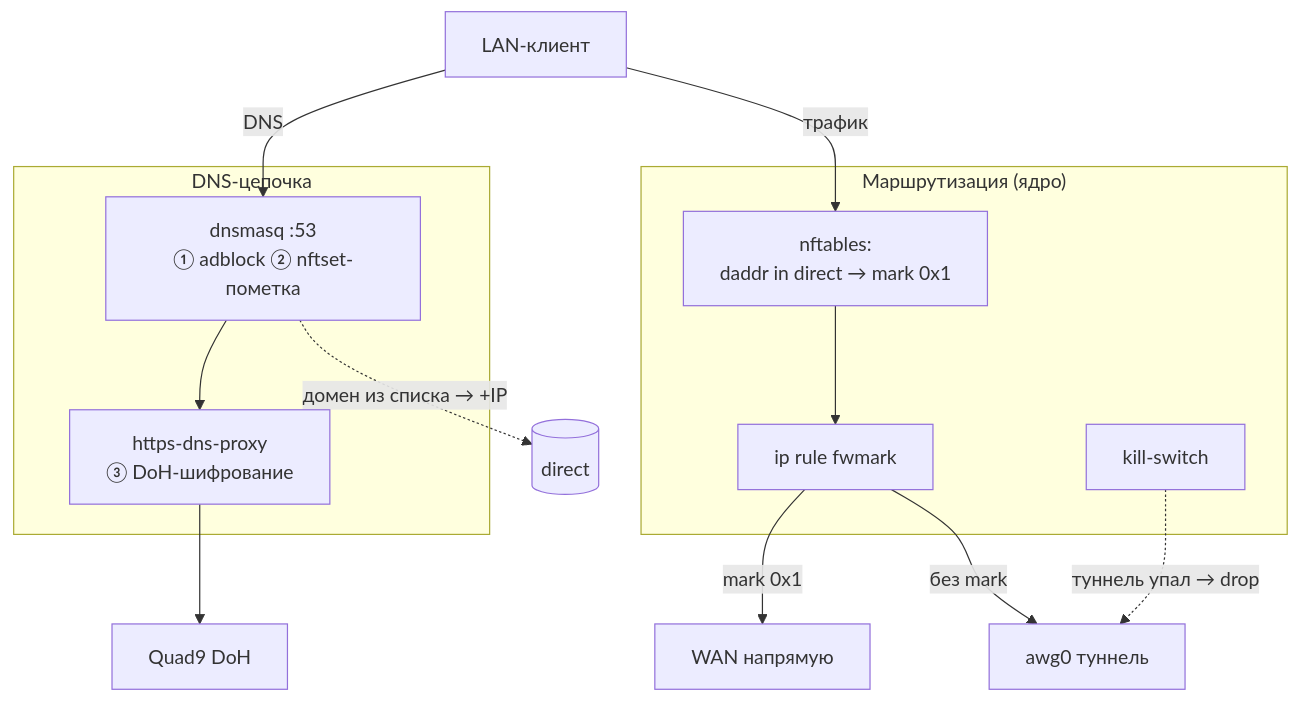
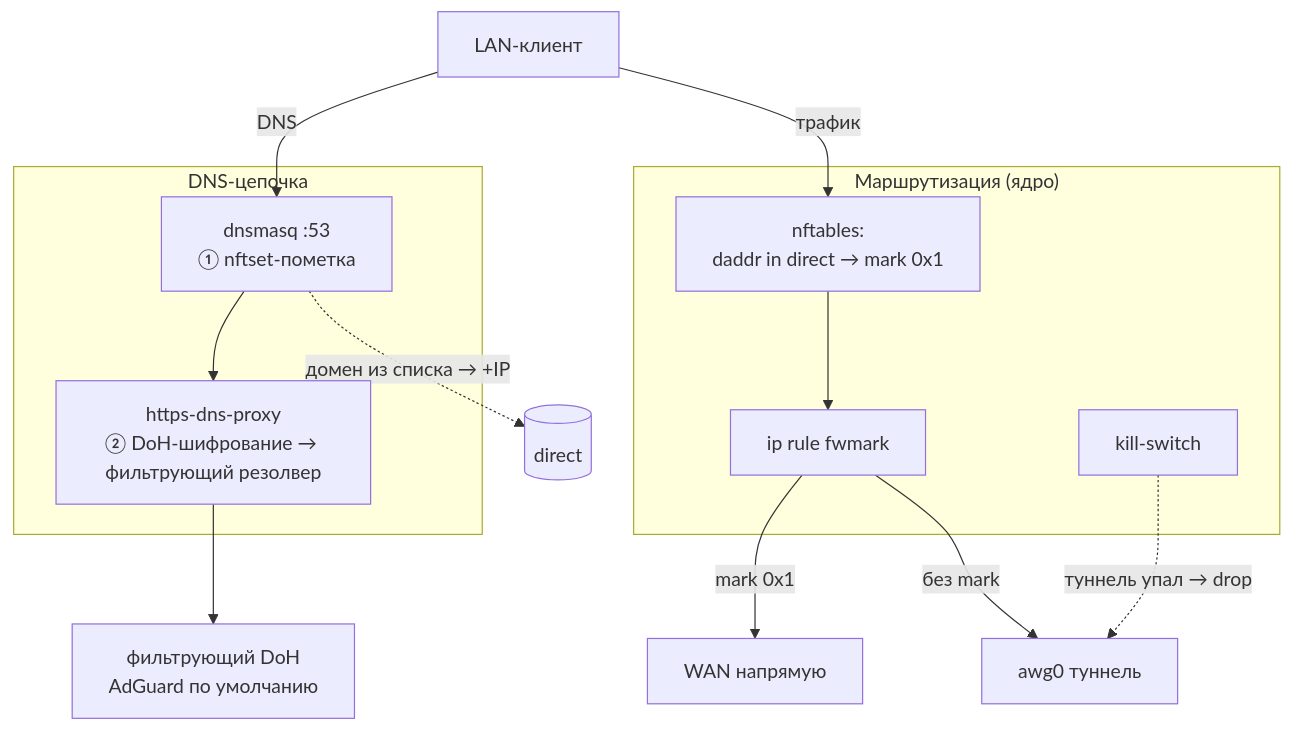
Before and after one commit to andreiyurik/cheburnet-router: the diagram in docs/v2/architecture/data-plane.md, drawn with Mermaid. The commit also changed other lines of this file and 18 other files, not shown here.

````diff
--- a/docs/v2/architecture/data-plane.md
+++ b/docs/v2/architecture/data-plane.md
@@ -17,25 +18,25 @@
 ```mermaid
 flowchart TB
     client[LAN-клиент]
 
     subgraph dns["DNS-цепочка"]
-        dnsmasq["dnsmasq :53<br/>① adblock ② nftset-пометка"]
-        proxy["https-dns-proxy<br/>③ DoH-шифрование"]
+        dnsmasq["dnsmasq :53<br/>① nftset-пометка"]
+        proxy["https-dns-proxy<br/>② DoH-шифрование → фильтрующий резолвер"]
     end
 
     subgraph route["Маршрутизация (ядро)"]
         nft["nftables:<br/>daddr in direct → mark 0x1"]
         rule["ip rule fwmark"]
         ks["kill-switch"]
     end
 
     awg[awg0 туннель]
     wan[WAN напрямую]
 
-    client -->|DNS| dnsmasq --> proxy --> upstream[Quad9 DoH]
+    client -->|DNS| dnsmasq --> proxy --> upstream[фильтрующий DoH<br/>AdGuard по умолчанию]
     dnsmasq -.->|домен из списка → +IP| set[(direct)]
     client -->|трафик| nft --> rule
     rule -->|mark 0x1| wan
     rule -->|без mark| awg
     ks -.->|туннель упал → drop| awg
 ```
````
